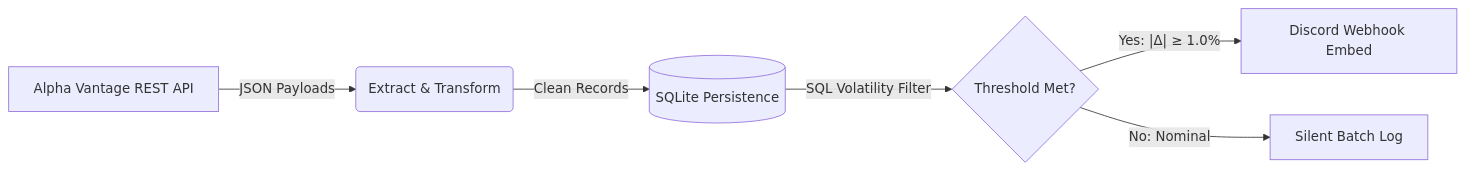
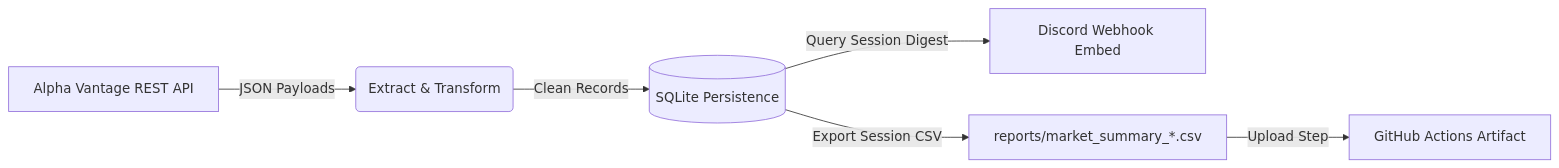
The diagram in README.md (naveen-randhawa/market-alert-pipeline), drawn with Mermaid before and after one commit. The commit also changed other lines of this file, not shown here.

Commit message:
docs: update architecture flow and README

````diff
--- a/README.md
+++ b/README.md
@@ -13,8 +13,8 @@
 ```mermaid
 graph LR
     A[Alpha Vantage REST API] -->|JSON Payloads| B(Extract & Transform)
     B -->|Clean Records| C[(SQLite Persistence)]
-    C -->|SQL Volatility Filter| D{Threshold Met?}
-    D -->|"Yes: |Δ| ≥ 1.0%"| E[Discord Webhook Embed]
-    D -->|No: Nominal| F[Silent Batch Log]
+    C -->|Query Session Digest| D[Discord Webhook Embed]
+    C -->|Export Session CSV| E[reports/market_summary_*.csv]
+    E -->|Upload Step| F[GitHub Actions Artifact]
 ```
````
